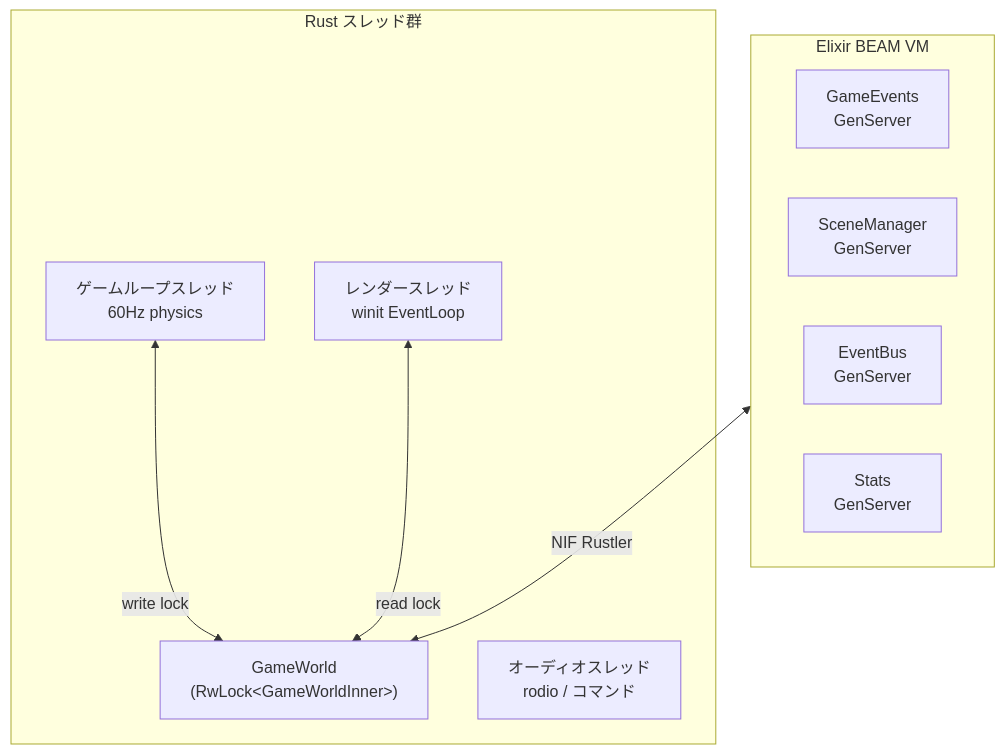
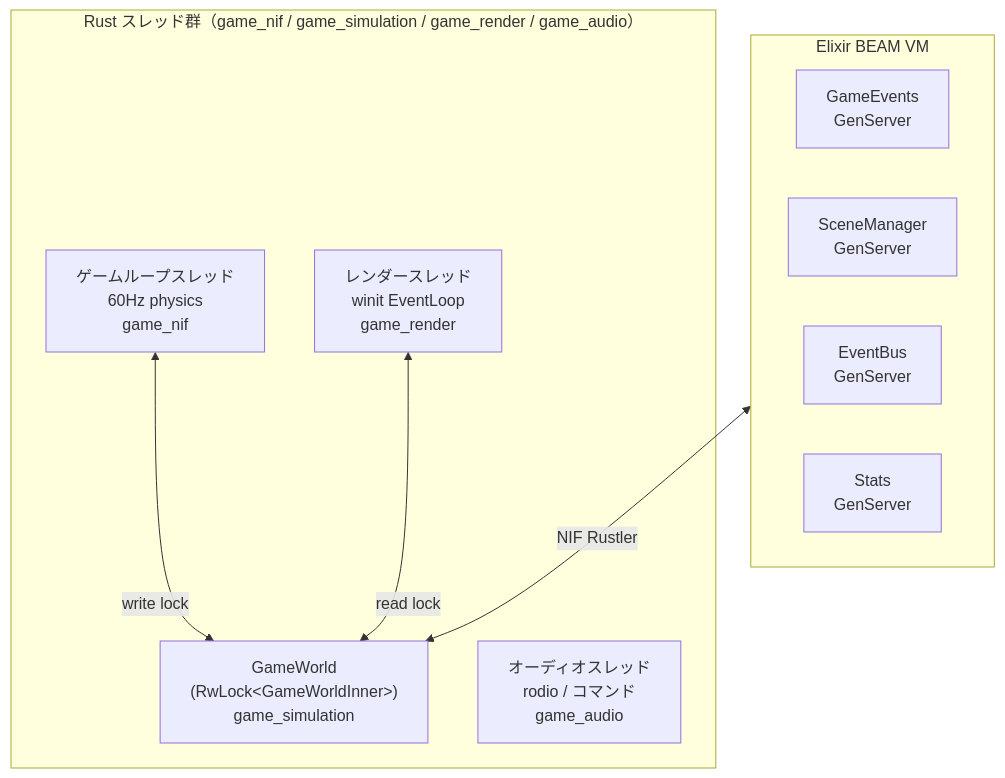
Diagram 12 of 12 in docs/data-flow.md (FRICK-ELDY/alchemy-engine), drawn with Mermaid before and after one commit. The commit also changed other lines of this file and 3 other files, not shown here.

````diff
--- a/docs/data-flow.md
+++ b/docs/data-flow.md
@@ -273,21 +273,21 @@
 ```mermaid
 graph TB
     subgraph BEAM["Elixir BEAM VM"]
         GEV[GameEvents\nGenServer]
         SCM[SceneManager\nGenServer]
         EVB[EventBus\nGenServer]
         STS[Stats\nGenServer]
     end
 
     BEAM <-->|NIF Rustler| GW
 
-    subgraph RUST["Rust スレッド群"]
-        GL[ゲームループスレッド\n60Hz physics]
-        RT[レンダースレッド\nwinit EventLoop]
-        AT[オーディオスレッド\nrodio / コマンド]
-        GW["GameWorld\n(RwLock&lt;GameWorldInner&gt;)"]
+    subgraph RUST["Rust スレッド群（game_nif / game_simulation / game_render / game_audio）"]
+        GL[ゲームループスレッド\n60Hz physics\ngame_nif]
+        RT[レンダースレッド\nwinit EventLoop\ngame_render]
+        AT[オーディオスレッド\nrodio / コマンド\ngame_audio]
+        GW["GameWorld\n(RwLock&lt;GameWorldInner&gt;)\ngame_simulation"]
 
         GL <-->|write lock| GW
         RT <-->|read lock| GW
     end
 ```
````
